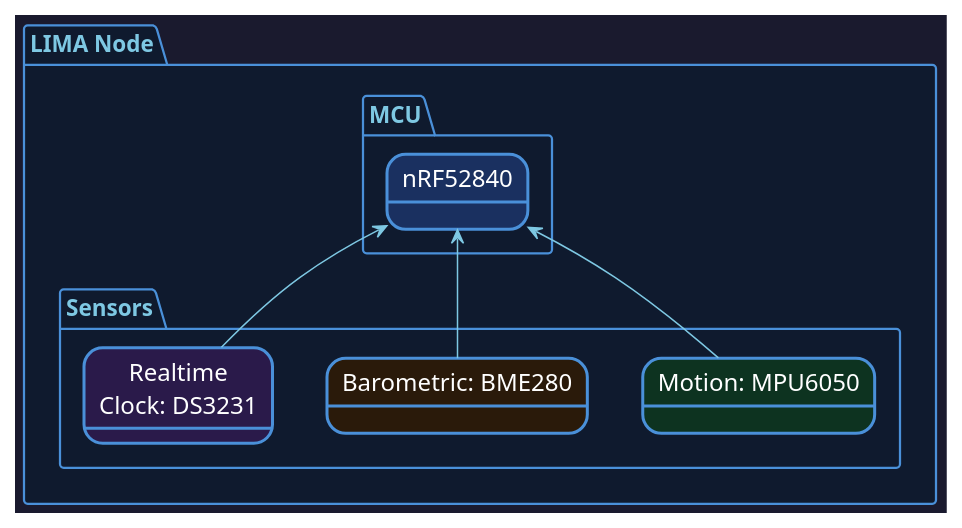
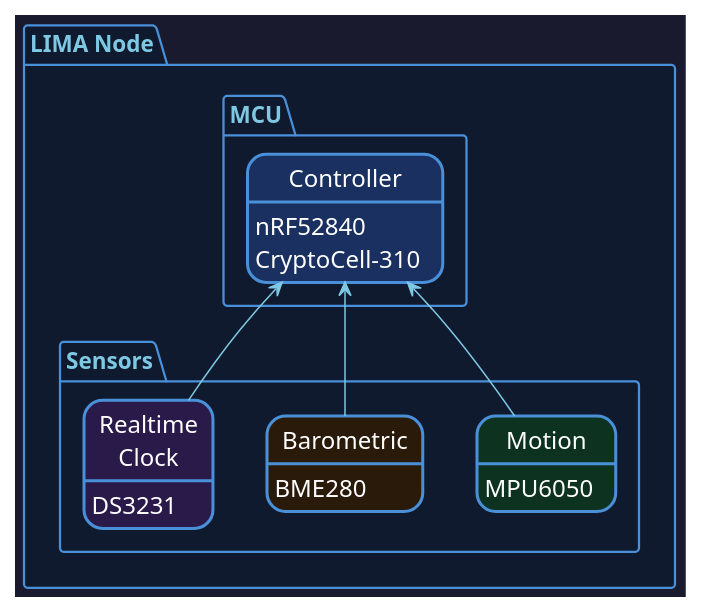
Before and after one commit to jknoxdev/lima-node: the diagram in docs/architecture/node.puml, drawn with PlantUML.

Commit message:
docs(node): add part numbers to diag

```diff
--- a/docs/architecture/node.puml
+++ b/docs/architecture/node.puml
@@ -1,50 +1,55 @@
 @startuml node
 
 allowmixing
 
 skinparam {
     BackgroundColor #1a1a2e
     ArrowColor #7EC8E3
     ArrowFontColor #CCCCCC
     ArrowFontSize 13
     DefaultFontName Arial
     DefaultFontColor #E0E0E0
     DefaultFontSize 14
     StateBorderColor #4A90D9
     StateBorderThickness 2
     StateBackgroundColor #0f3460
     StateFontColor #FFFFFF
     StateFontSize 16
     NoteBackgroundColor #0D2818
     NoteBorderColor #27AE60
     NoteFontColor #27AE60
     NoteFontSize 13
     PackageBorderColor #4A90D9
     PackageBackgroundColor #0f1a2e
     PackageFontColor #7EC8E3
     PackageFontSize 15
     nodesep 36
     ranksep 40
 }
 
 package "LIMA Node"{
 
     package "Sensors" {
-        state "Motion: MPU6050" as motion #0D3320
-        state "Barometric: BME280" as baro #2a1a0a
-        state "Realtime\nClock: DS3231" as rtc #2a1a4a
+        state "Motion" as motion #0D3320
+        motion : MPU6050
+        state "Barometric" as baro #2a1a0a
+        baro : BME280
+        state "Realtime\nClock" as rtc #2a1a4a
+        rtc : DS3231
     }
 
     package "MCU" {
-        state "nRF52840" as mcu #1a3060
+        state "Controller" as mcu #1a3060
+        mcu : nRF52840
+        mcu : CryptoCell-310
     }
 
 }
 
-state "nRF52840" as mcu #1a3060
+state "Controller" as mcu #1a3060
 
 motion -up-> mcu
 baro -up-> mcu
 rtc -up-> mcu
 
 @enduml
```
